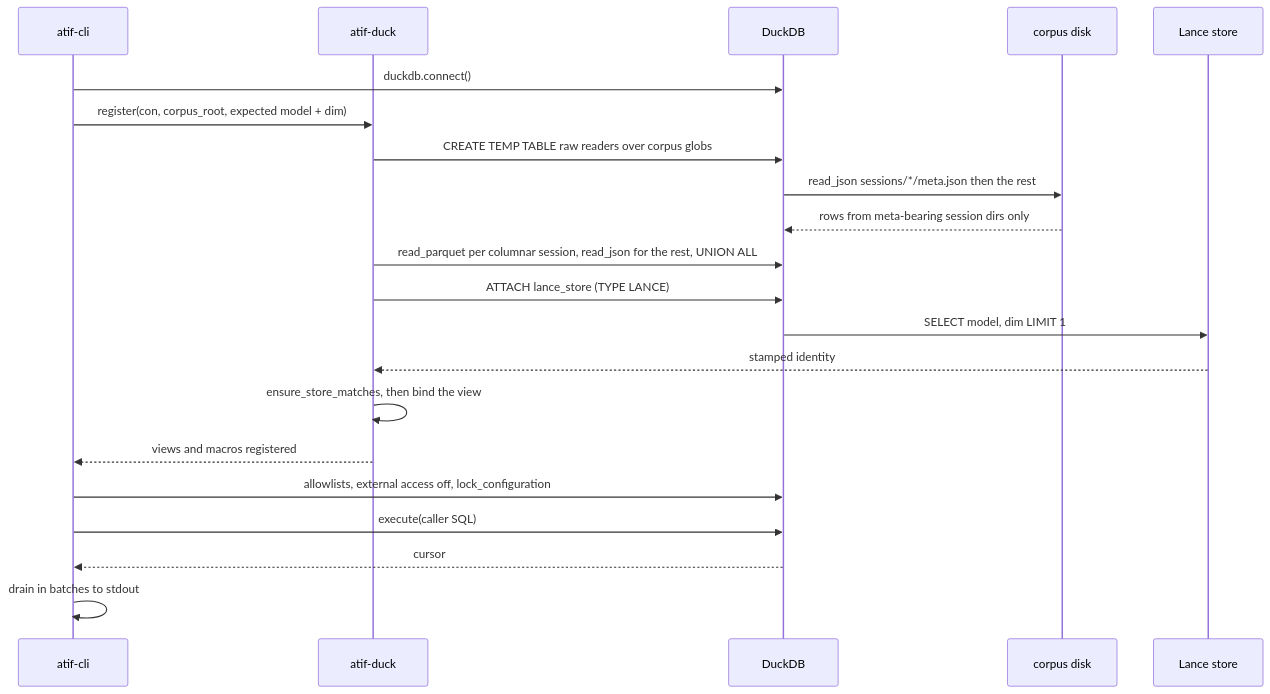
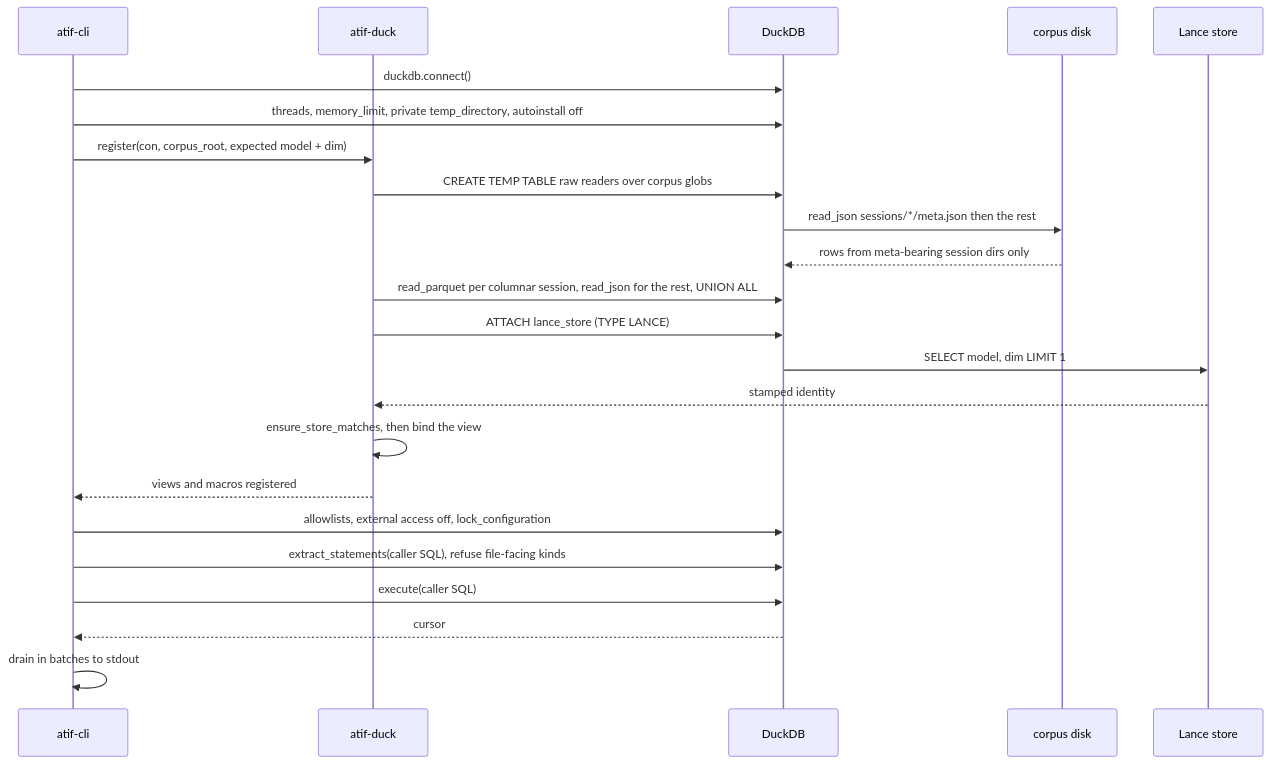
Before and after one commit to laithalsaadoon/atif-sql: the second of 3 diagrams in docs/architecture/data-flow.md, drawn with Mermaid. The commit also changed other lines of this file and 16 other files, not shown here.

````diff
--- a/docs/architecture/data-flow.md
+++ b/docs/architecture/data-flow.md
@@ -114,24 +121,26 @@
 ```mermaid
 sequenceDiagram
     participant CLI as atif-cli
     participant Duck as atif-duck
     participant DB as DuckDB
     participant Disk as corpus disk
     participant Lance as Lance store
 
     CLI->>DB: duckdb.connect()
+    CLI->>DB: threads, memory_limit, private temp_directory, autoinstall off
     CLI->>Duck: register(con, corpus_root, expected model + dim)
     Duck->>DB: CREATE TEMP TABLE raw readers over corpus globs
     DB->>Disk: read_json sessions/*/meta.json then the rest
     Disk-->>DB: rows from meta-bearing session dirs only
     Duck->>DB: read_parquet per columnar session, read_json for the rest, UNION ALL
     Duck->>DB: ATTACH lance_store (TYPE LANCE)
     DB->>Lance: SELECT model, dim LIMIT 1
     Lance-->>Duck: stamped identity
     Duck->>Duck: ensure_store_matches, then bind the view
     Duck-->>CLI: views and macros registered
     CLI->>DB: allowlists, external access off, lock_configuration
+    CLI->>DB: extract_statements(caller SQL), refuse file-facing kinds
     CLI->>DB: execute(caller SQL)
     DB-->>CLI: cursor
     CLI->>CLI: drain in batches to stdout
 ```
````
